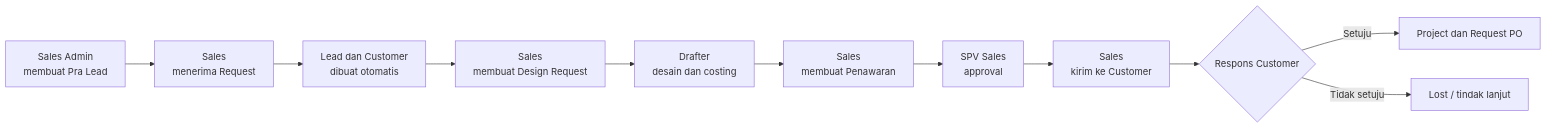
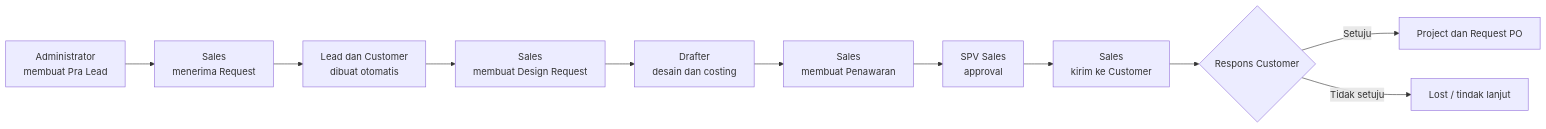
One commit to 1017website/robust changed the diagram in docs/USER_GUIDE.md. Above: the diagram before and after it, drawn with Mermaid. The commit also changed other lines of this file and 37 other files, not shown here.

````diff
--- a/docs/USER_GUIDE.md
+++ b/docs/USER_GUIDE.md
@@ -18,13 +18,13 @@
 ```mermaid
 flowchart LR
-    A["Sales Admin<br/>membuat Pra Lead"] --> B["Sales<br/>menerima Request"]
+    A["Administrator<br/>membuat Pra Lead"] --> B["Sales<br/>menerima Request"]
     B --> C["Lead dan Customer<br/>dibuat otomatis"]
     C --> D["Sales<br/>membuat Design Request"]
     D --> E["Drafter<br/>desain dan costing"]
     E --> F["Sales<br/>membuat Penawaran"]
     F --> G["SPV Sales<br/>approval"]
     G --> H["Sales<br/>kirim ke Customer"]
     H --> I{"Respons Customer"}
     I -->|Setuju| J["Project dan Request PO"]
     I -->|Tidak setuju| K["Lost / tindak lanjut"]
 ```
````
